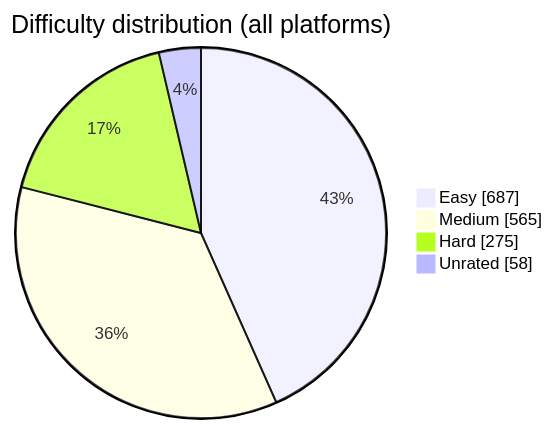
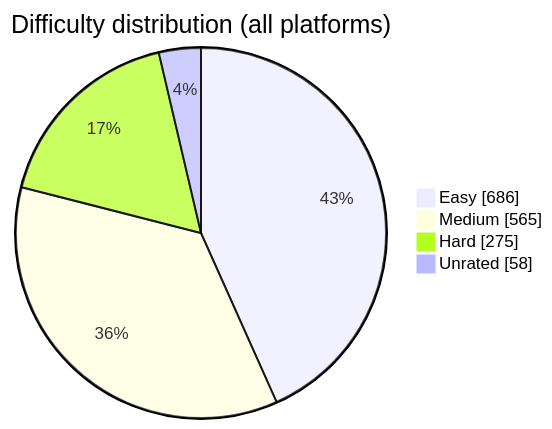
Before and after one commit to BuildbyArindam/Daily-Coding-Log: the diagram in README.md, drawn with Mermaid. The commit also changed other lines of this file, not shown here.

````diff
--- a/README.md
+++ b/README.md
@@ -93,7 +93,7 @@
 ```mermaid
 pie showData title Difficulty distribution (all platforms)
-    "Easy" : 687
+    "Easy" : 686
     "Medium" : 565
     "Hard" : 275
     "Unrated" : 58
 ```
````
